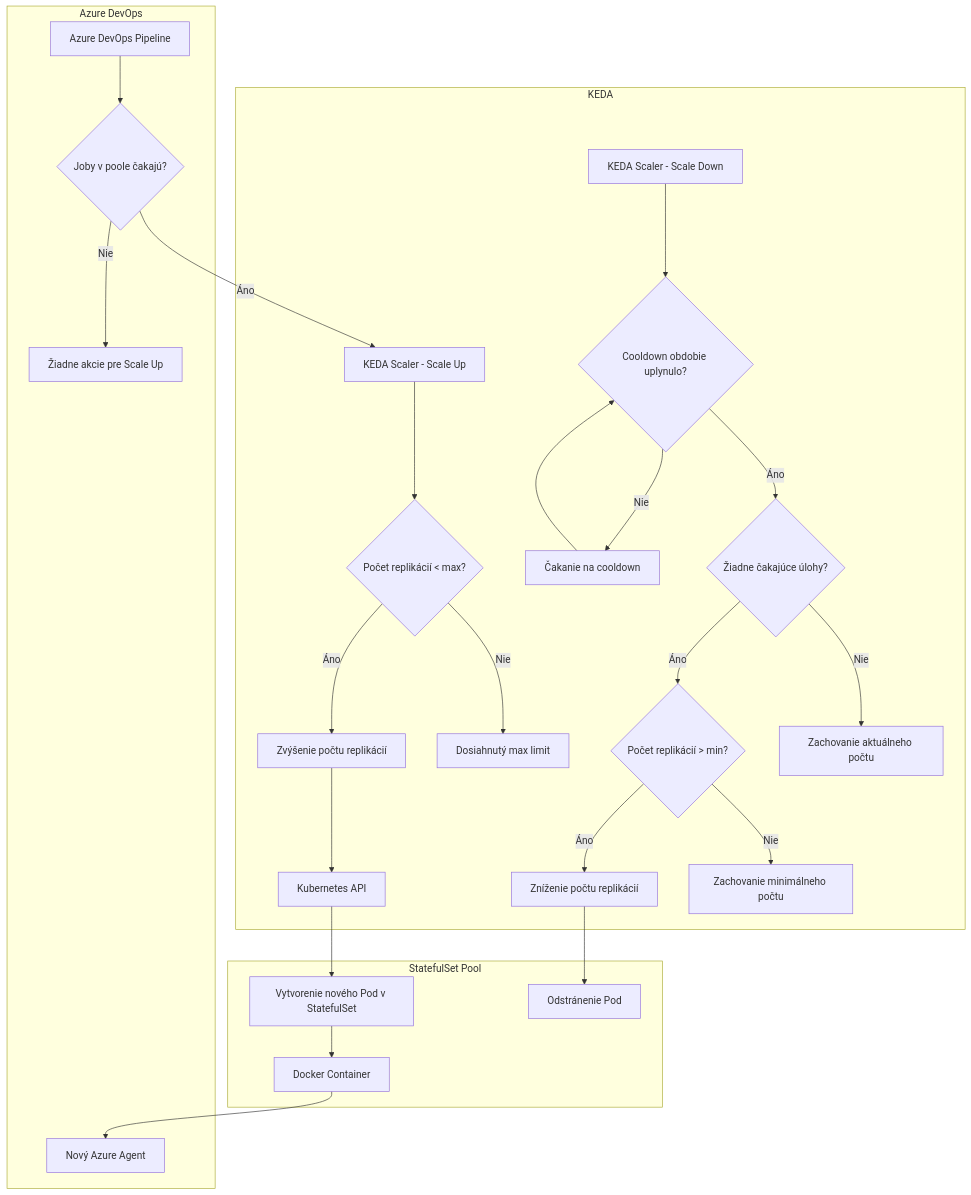
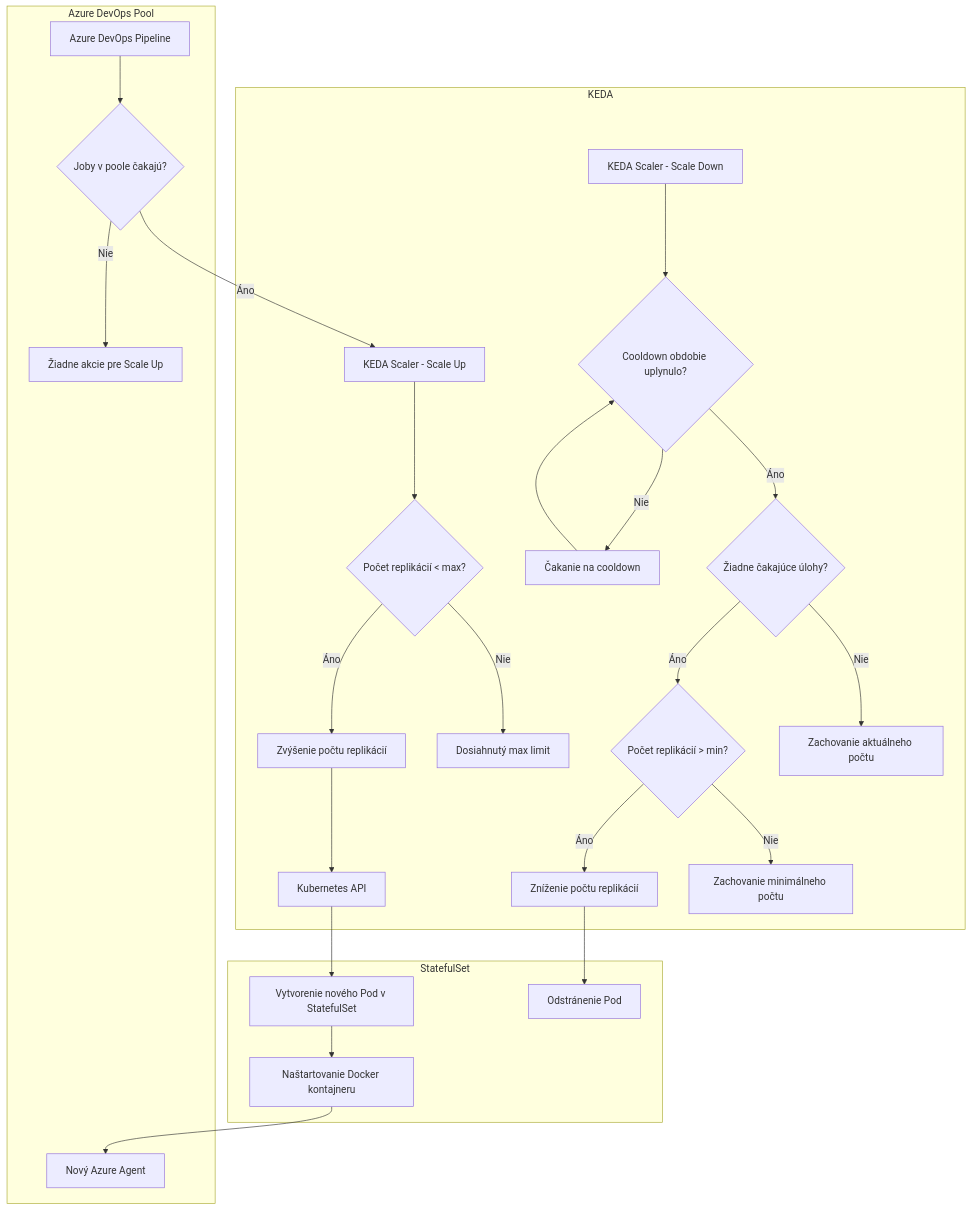
The diagram in linuxmachine/user-documentation.md (motycak/kros-sk.github.io), drawn with Mermaid before and after one commit.

````diff
--- a/linuxmachine/user-documentation.md
+++ b/linuxmachine/user-documentation.md
@@ -39,56 +39,55 @@
 ```mermaid
 flowchart TD
     A[Azure DevOps Pipeline] --> B{Joby v poole čakajú?}
     B -->|Áno| C[KEDA Scaler - Scale Up]
     B -->|Nie| D[Žiadne akcie pre Scale Up]
     
     C --> F{Počet replikácií < max?}
     F -->|Áno| G[Zvýšenie počtu replikácií]
     F -->|Nie| H[Dosiahnutý max limit]
     
     G --> I[Kubernetes API]
     I --> J[Vytvorenie nového Pod v StatefulSet]
-    J --> K[Docker Container]
+    J --> K[Naštartovanie Docker kontajneru]
     K --> L[Nový Azure Agent]
     
-    %% Paralelná kontrola pre škálovanie nadol
     P[KEDA Scaler - Scale Down] --> Q{Cooldown obdobie uplynulo?}
     Q -->|Nie| R[Čakanie na cooldown]
     R --> Q
     Q -->|Áno| S{Žiadne čakajúce úlohy?}
     S -->|Áno| T{Počet replikácií > min?}
     T -->|Áno| U[Zníženie počtu replikácií]
     T -->|Nie| V[Zachovanie minimálneho počtu]
     S -->|Nie| W[Zachovanie aktuálneho počtu]
     
     U --> X[Odstránenie Pod]
     
     subgraph "KEDA"
         C
         F
         G
         H
         I
         P
         Q
         R
         S
         T
         U
         V
         W
     end
     
-    subgraph "Azure DevOps"
+    subgraph "Azure DevOps Pool"
         A
         B
         D
         L
     end
     
-    subgraph "StatefulSet Pool"
+    subgraph "StatefulSet"
         J
         K
         X
     end
 ```
````
